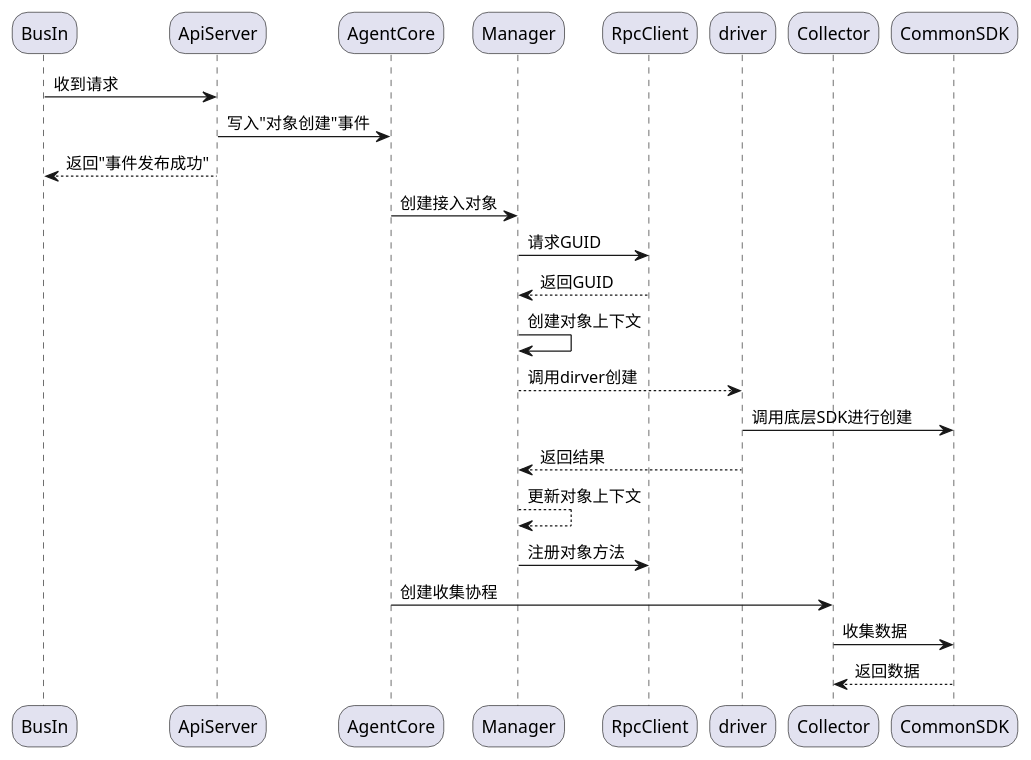
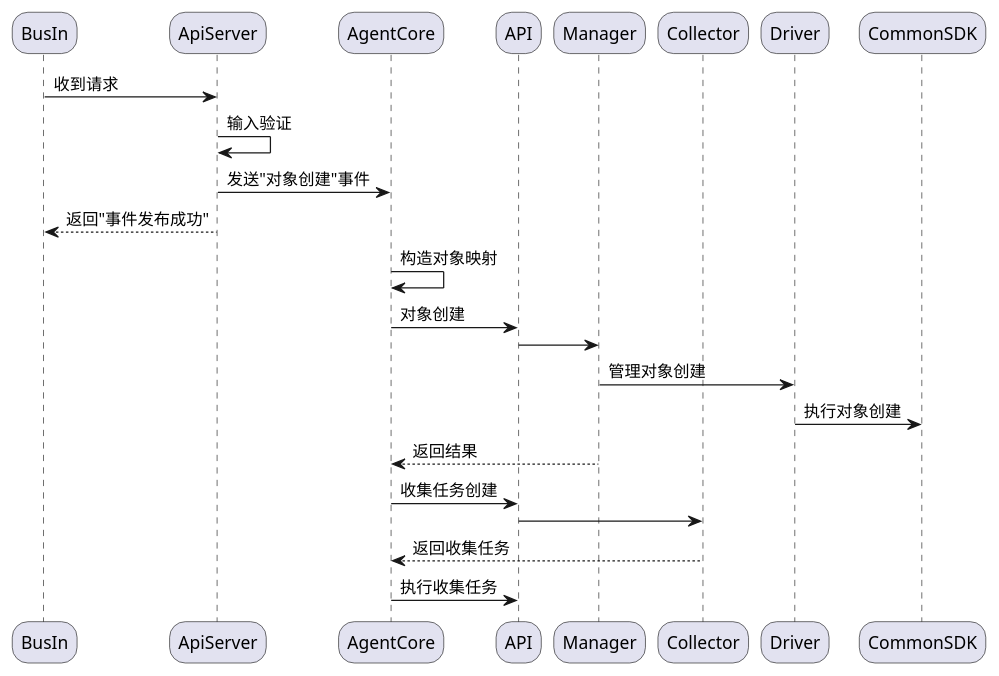
Before and after one commit to Faione/note: the third of 8 diagrams in WorkNote/Agent设计v2/执行代理V0.2-重构-草稿-2.md, drawn with PlantUML. The commit also changed other lines of this file and 7 other files, not shown here.

````diff
--- a/WorkNote/Agent设计v2/执行代理V0.2-重构-草稿-2.md
+++ b/WorkNote/Agent设计v2/执行代理V0.2-重构-草稿-2.md
@@ -206,32 +135,31 @@
 ```plantuml
 @startuml
 skinparam roundCorner 25
 skinparam responseMessageBelowArrow true
 
 participant BusIn as f1
 participant ApiServer as f2
 participant AgentCore as f3
-participant Manager as f4
-participant RpcClient as f5
-participant driver as f6
-participant Collector as f7
+participant API as f4
+participant Manager as f5
+participant Collector as f6
+participant Driver as f7
 participant CommonSDK as f8
 
 
 f1    ->     f2  :收到请求
-f2    ->     f3  :写入"对象创建"事件
+f2    ->     f2  :输入验证
+f2    ->     f3  :发送"对象创建"事件
 f2    -->    f1  :返回"事件发布成功"
-f3    ->     f4  :创建接入对象
-f4    ->     f5  :请求GUID
-f5   -->     f4  :返回GUID
-f4    ->     f4  :创建对象上下文
-f4   -->     f6  :调用dirver创建
-f6    ->     f8  :调用底层SDK进行创建
-f6   -->     f4  :返回结果
-f4   -->     f4  :更新对象上下文
-f4    ->     f5  :注册对象方法
-f3    ->     f7  :创建收集协程
-f7    ->     f8  :收集数据
-f8    -->    f7  :返回数据
+f3    ->     f3  :构造对象映射
+f3    ->     f4  :对象创建
+f4    ->     f5  :
+f5    ->     f7  :管理对象创建
+f7    ->     f8  :执行对象创建
+f5   -->     f3  :返回结果
+f3    ->     f4  :收集任务创建
+f4    ->     f6  :
+f6   -->     f3  :返回收集任务
+f3    ->     f4  :执行收集任务
 @enduml
 ```
````
